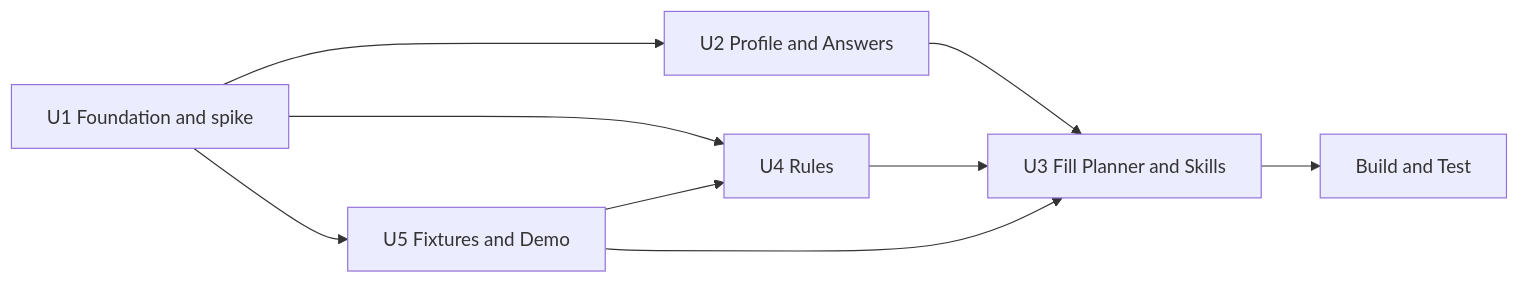
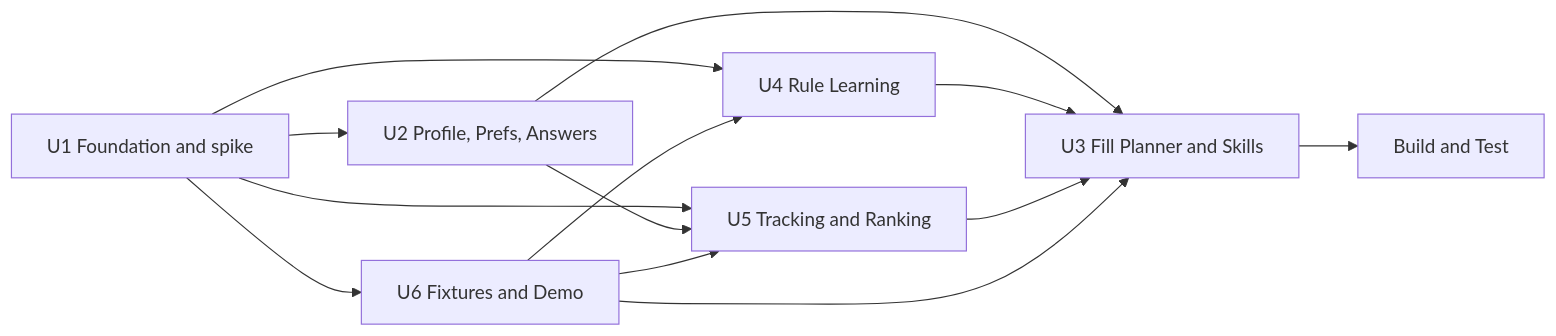
The diagram in aidlc-docs/inception/application-design/unit-of-work-dependency.md (Mikey-He/5940-Project), drawn with Mermaid before and after one commit. The commit also changed other lines of this file and 5 other files, not shown here.

Commit message:
AI-DLC Units Generation v2: six units with tracking and ranking

````diff
--- a/aidlc-docs/inception/application-design/unit-of-work-dependency.md
+++ b/aidlc-docs/inception/application-design/unit-of-work-dependency.md
@@ -31,11 +36,15 @@
 ```mermaid
 flowchart LR
-    U1["U1 Foundation and spike"] --> U2["U2 Profile and Answers"]
-    U1 --> U4["U4 Rules"]
-    U1 --> U5["U5 Fixtures and Demo"]
-    U5 --> U4
+    U1["U1 Foundation and spike"] --> U2["U2 Profile, Prefs, Answers"]
+    U1 --> U4["U4 Rule Learning"]
+    U1 --> U5["U5 Tracking and Ranking"]
+    U1 --> U6["U6 Fixtures and Demo"]
+    U6 --> U4
+    U2 --> U5
+    U6 --> U5
     U2 --> U3["U3 Fill Planner and Skills"]
     U4 --> U3
     U5 --> U3
+    U6 --> U3
     U3 --> BT["Build and Test"]
 ```
````
